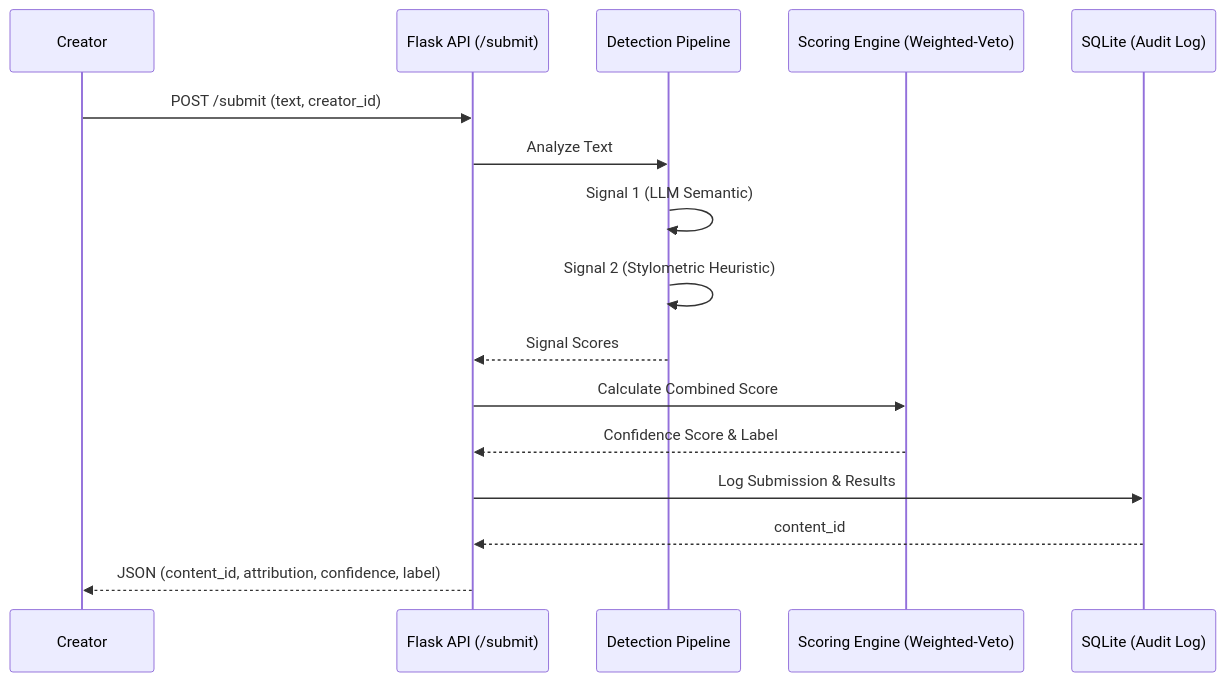
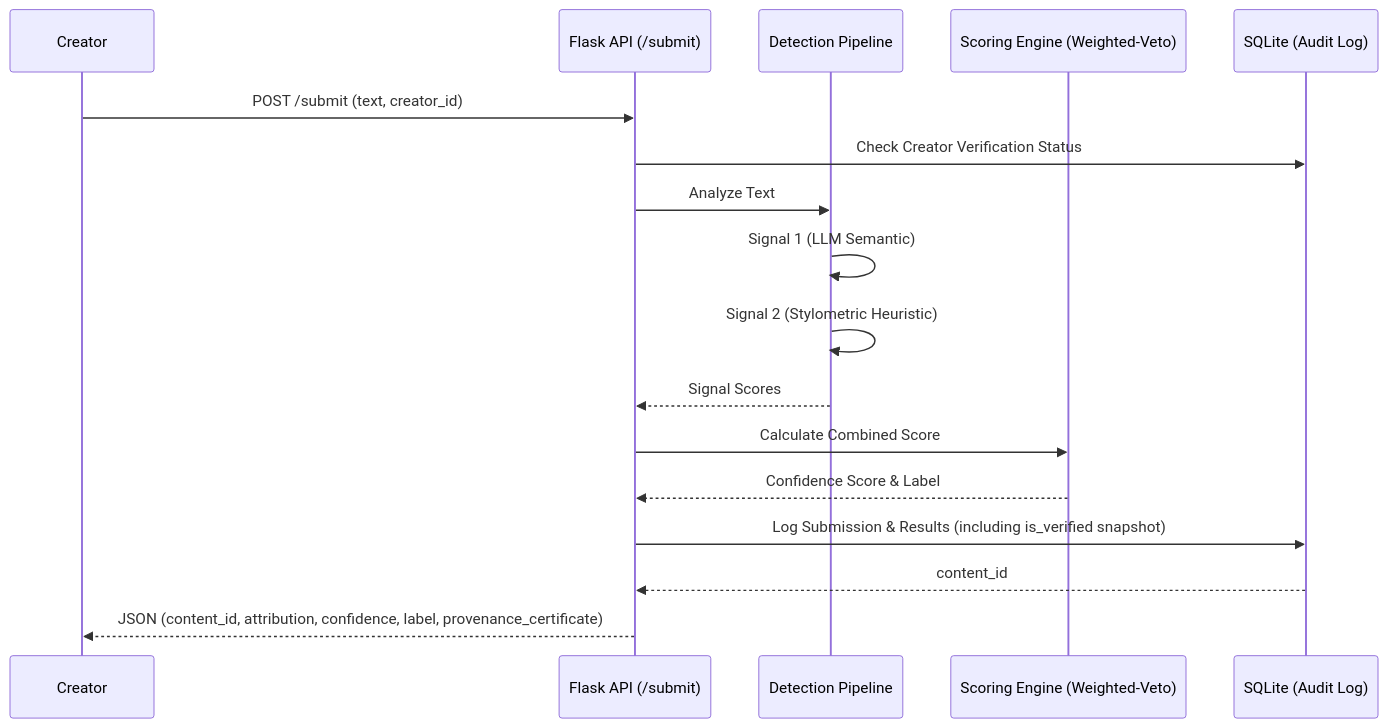
One commit to parth33320/ai201_project4_provenance_guard changed the first of 3 diagrams in ARCHITECTURE.md. Above: the diagram before and after it, drawn with Mermaid. The commit also changed other lines of this file and 5 other files, not shown here.

First line of the commit message:
I have completed the implementation of the Provenance Certificate stretch goal, establishing the 'Verified Human' system as outlined in the Elite Engineering SDLC.

````diff
--- a/ARCHITECTURE.md
+++ b/ARCHITECTURE.md
@@ -9,19 +9,20 @@
 ```mermaid
 sequenceDiagram
     participant C as Creator
     participant API as Flask API (/submit)
     participant P as Detection Pipeline
     participant SE as Scoring Engine (Weighted-Veto)
     participant DB as SQLite (Audit Log)
 
     C->>API: POST /submit (text, creator_id)
+    API->>DB: Check Creator Verification Status
     API->>P: Analyze Text
     P->>P: Signal 1 (LLM Semantic)
     P->>P: Signal 2 (Stylometric Heuristic)
     P-->>API: Signal Scores
     API->>SE: Calculate Combined Score
     SE-->>API: Confidence Score & Label
-    API->>DB: Log Submission & Results
+    API->>DB: Log Submission & Results (including is_verified snapshot)
     DB-->>API: content_id
-    API-->>C: JSON (content_id, attribution, confidence, label)
+    API-->>C: JSON (content_id, attribution, confidence, label, provenance_certificate)
 ```
````
